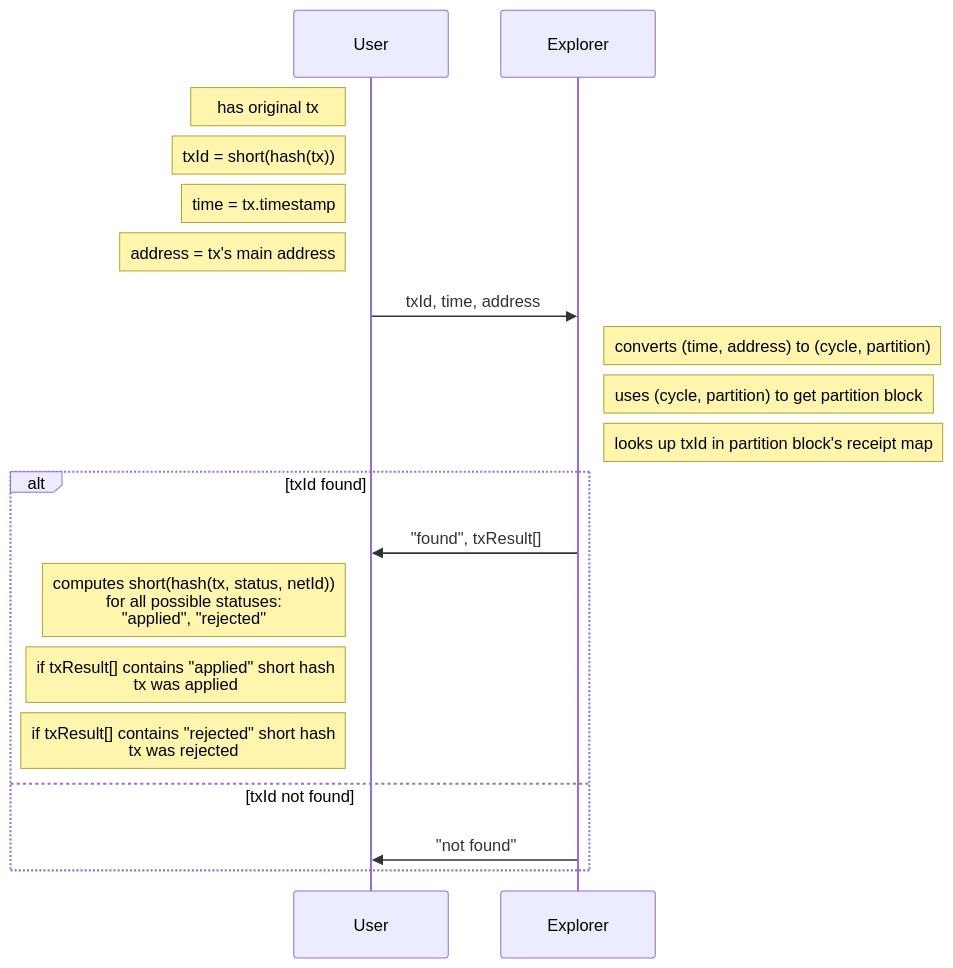
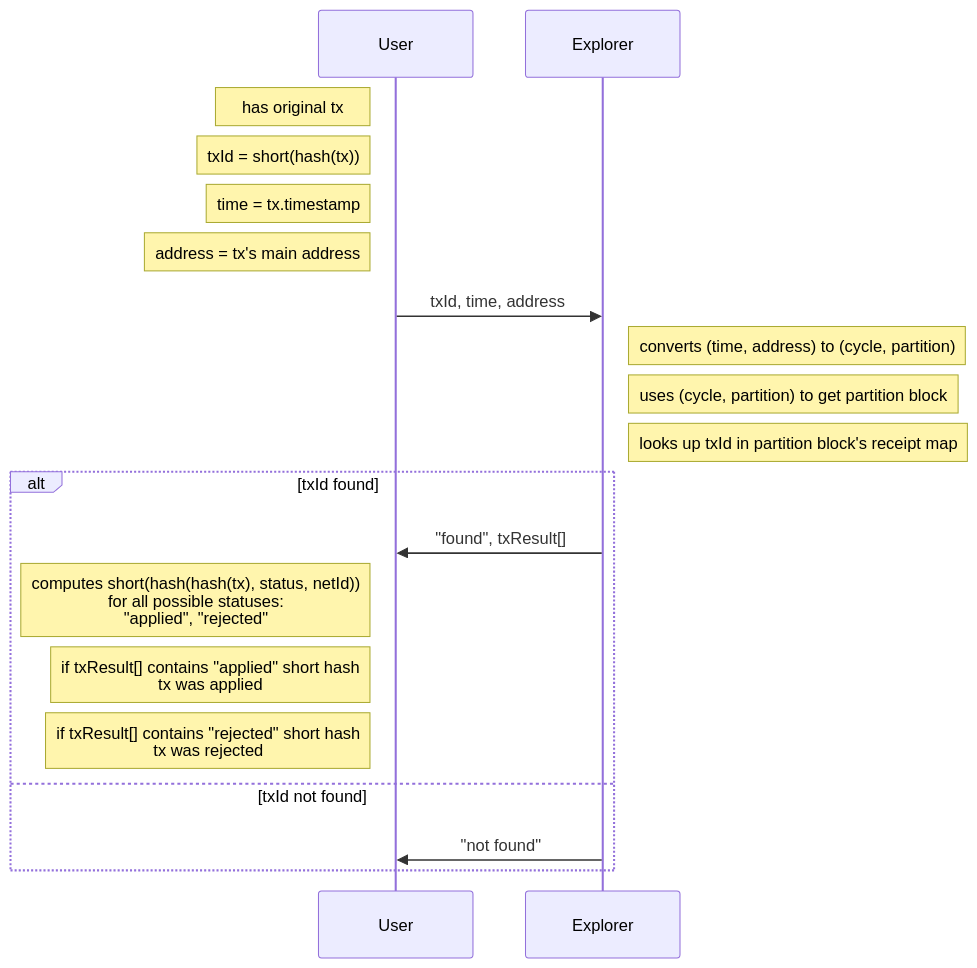
Before and after one commit to shardeum/shardus-core: the diagram in docs/tx-receipt-seq-diagram.md, drawn with Mermaid.

Commit message:
Updates tx receipt seq diagram

````diff
--- a/docs/tx-receipt-seq-diagram.md
+++ b/docs/tx-receipt-seq-diagram.md
@@ -1,31 +1,31 @@
 ```mermaid
 sequenceDiagram
 
     participant U as User
     participant E as Explorer
 
     Note left of U: has original tx
     Note left of U: txId = short(hash(tx))
     Note left of U: time = tx.timestamp
     Note left of U: address = tx's main address
 
 	U->>E: txId, time, address
 
     Note right of E: converts (time, address) to (cycle, partition)
     Note right of E: uses (cycle, partition) to get partition block
     Note right of E: looks up txId in partition block's receipt map
 
     alt txId found
 
       E->>U: "found", txResult[]
 
-      Note left of U: computes short(hash(tx, status, netId))<br/>for all possible statuses:<br/>"applied", "rejected"
-      Note left of U: if txResult[] contains "applied" short hash<br/> tx was applied
-      Note left of U: if txResult[] contains "rejected" short hash<br/> tx was rejected
+      Note left of U: computes short(hash(hash(tx), status, netId)) <br/> for all possible statuses: <br/> "applied", "rejected"
+      Note left of U: if txResult[] contains "applied" short hash <br/> tx was applied
+      Note left of U: if txResult[] contains "rejected" short hash <br/> tx was rejected
 
     else txId not found
 
       E->>U: "not found"
 
     end
 ```
````
